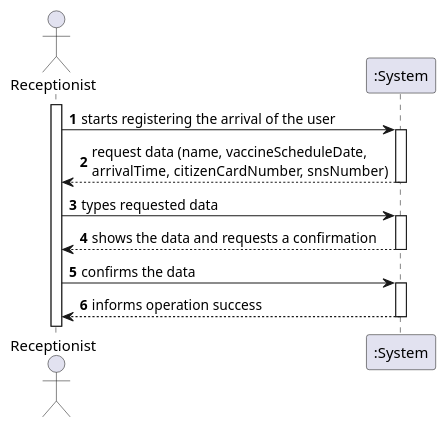
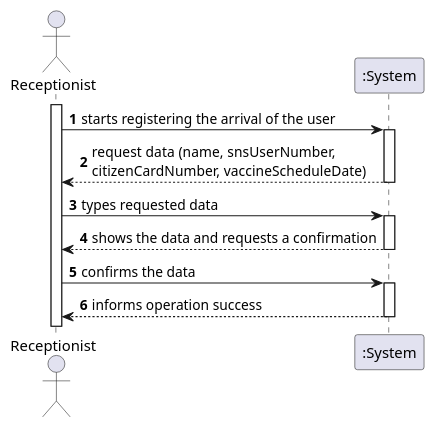
One commit to diogonapoles/isep-lapr2 changed the diagram in docs/SprintC/US4/US4_SSD.puml. Above: the diagram before and after it, drawn with PlantUML. The commit also changed 11 other files, not shown here.

```diff
--- a/docs/SprintC/US4/US4_SSD.puml
+++ b/docs/SprintC/US4/US4_SSD.puml
@@ -1,23 +1,23 @@
 @startuml
 'https://plantuml.com/sequence-diagram
 
 autonumber
 
 actor "Receptionist" as RCP
 
 activate RCP
 RCP -> ":System" : starts registering the arrival of the user
 activate ":System"
-":System" --> RCP : request data (name, vaccineScheduleDate, \narrivalTime,  citizenCardNumber, snsNumber)
+":System" --> RCP : request data (name, snsUserNumber, \ncitizenCardNumber, vaccineScheduleDate)
 deactivate ":System"
 
 RCP -> ":System" : types requested data
 activate ":System"
 ":System" --> RCP : shows the data and requests a confirmation
 deactivate ":System"
 
 RCP -> ":System" : confirms the data
 activate ":System"
 ":System" --> RCP : informs operation success
 deactivate ":System"
 @enduml
```
